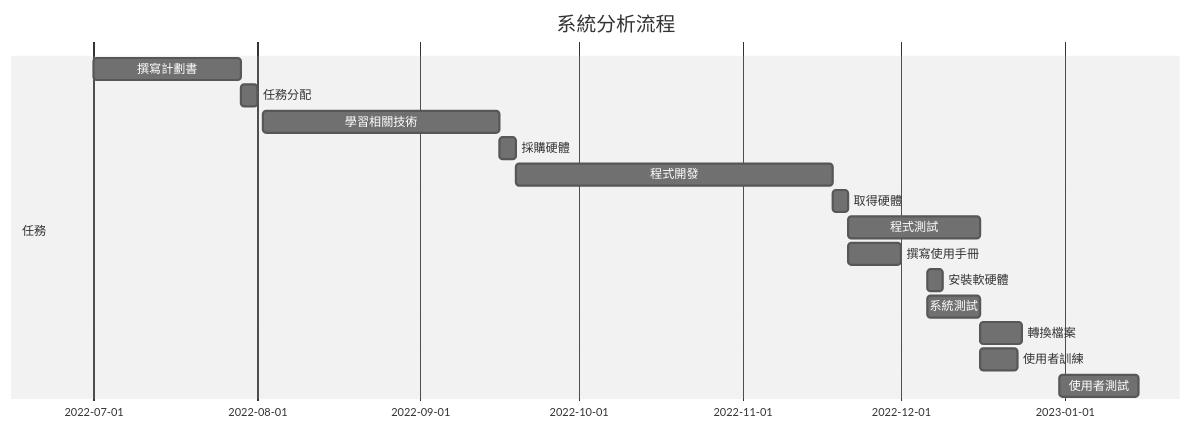
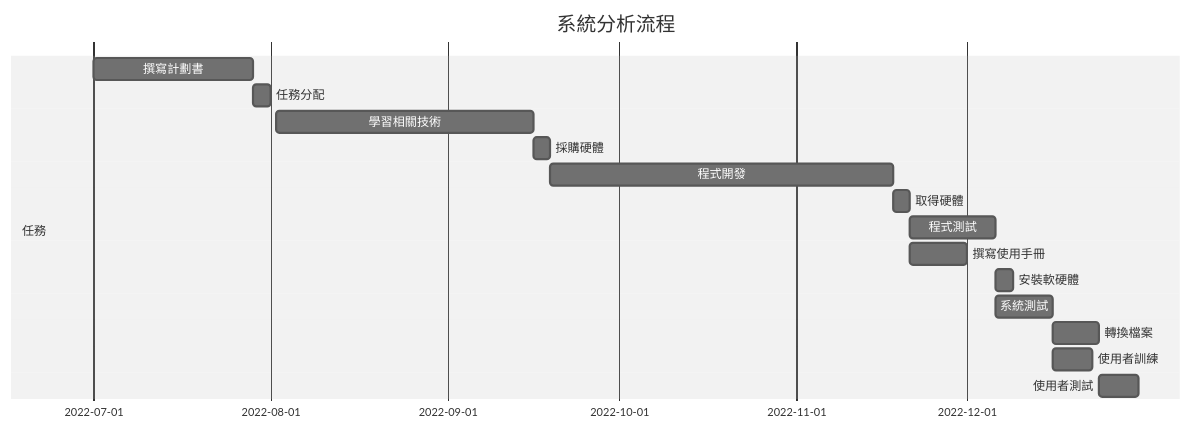
One commit to Sui991/System_First10- changed the first of 3 diagrams in README.md. Above: the diagram before and after it, drawn with Mermaid (neutral theme). The commit also changed other lines of this file, not shown here.

````diff
--- a/README.md
+++ b/README.md
@@ -44,21 +44,21 @@
 ```mermaid
 
 gantt
     title 系統分析流程
     dateFormat  MM-DD
     section 任務
     撰寫計劃書 : a1, 07-01, 28d
     任務分配 : a2, 07-29, 3d
     學習相關技術 : a3, 08-02, 45d
     採購硬體 : a4, 09-16, 3d
     程式開發 : a5, 09-19, 60d
     取得硬體 : a6, 11-18, 3d
-    程式測試 : a7, 11-21, 25d
+    程式測試 : a7, 11-21, 15d
     撰寫使用手冊 : a8, 11-21, 10d
     安裝軟硬體 : a9, 12-06, 3d
     系統測試 : a10, 12-06, 10d
     轉換檔案 : a11, 12-16, 8d
     使用者訓練 : a12,12-16, 7d
-    使用者測試 : a13, 12-31, 15d
+    使用者測試 : a13, 12-24, 7d
 
 ```
````
